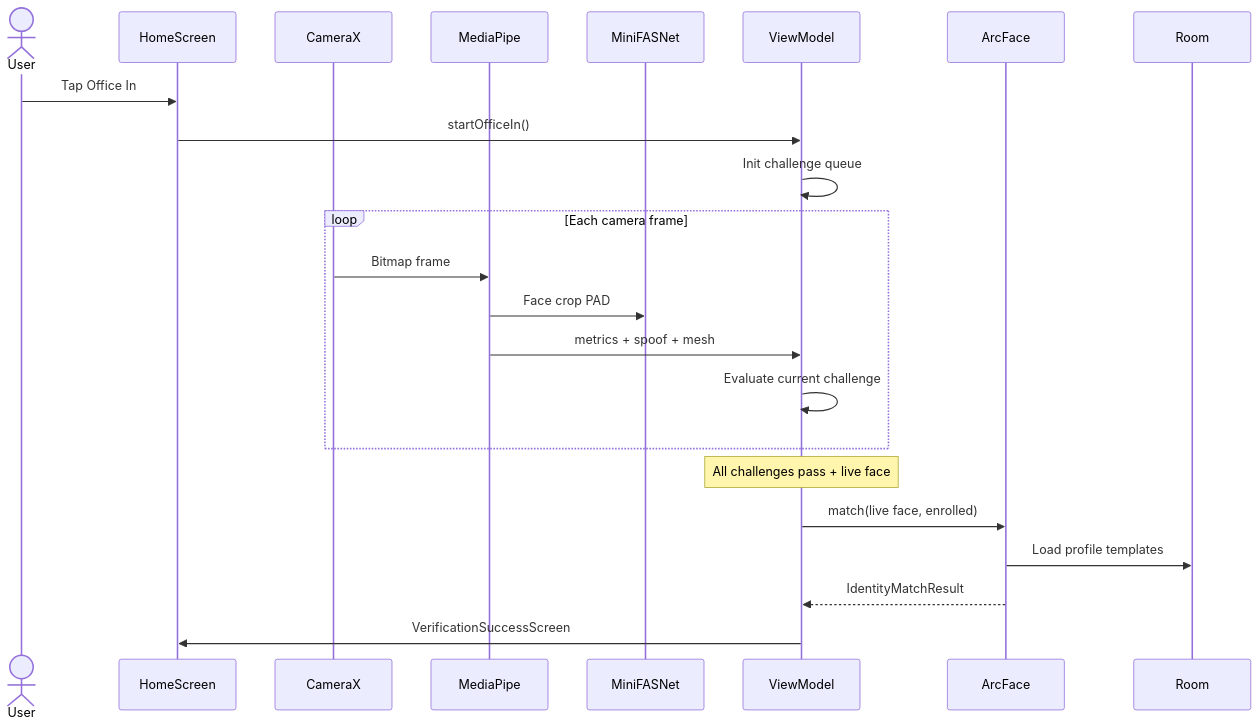
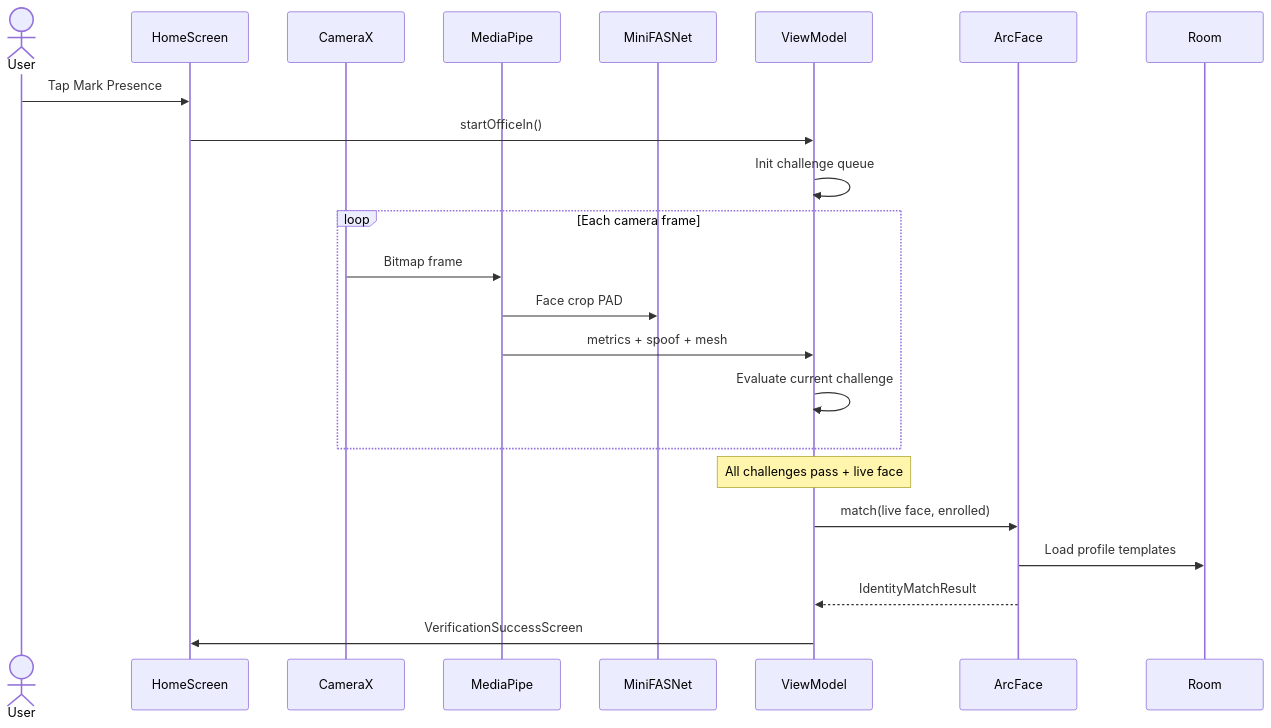
Before and after one commit to debasiskoley/face-liveness-ai: the second of 3 diagrams in README.md, drawn with Mermaid. The commit also changed other lines of this file and 20 other files, not shown here.

````diff
--- a/README.md
+++ b/README.md
@@ -85,26 +85,26 @@
 ```mermaid
 sequenceDiagram
   actor User
   participant Home as HomeScreen
   participant Cam as CameraX
   participant MP as MediaPipe
   participant PAD as MiniFASNet
   participant VM as ViewModel
   participant AF as ArcFace
   participant DB as Room
 
-  User->>Home: Tap Office In
+  User->>Home: Tap Mark Presence
   Home->>VM: startOfficeIn()
   VM->>VM: Init challenge queue
   loop Each camera frame
     Cam->>MP: Bitmap frame
     MP->>PAD: Face crop PAD
     MP->>VM: metrics + spoof + mesh
     VM->>VM: Evaluate current challenge
   end
   Note over VM: All challenges pass + live face
   VM->>AF: match(live face, enrolled)
   AF->>DB: Load profile templates
   AF-->>VM: IdentityMatchResult
   VM->>Home: VerificationSuccessScreen
 ```
````
